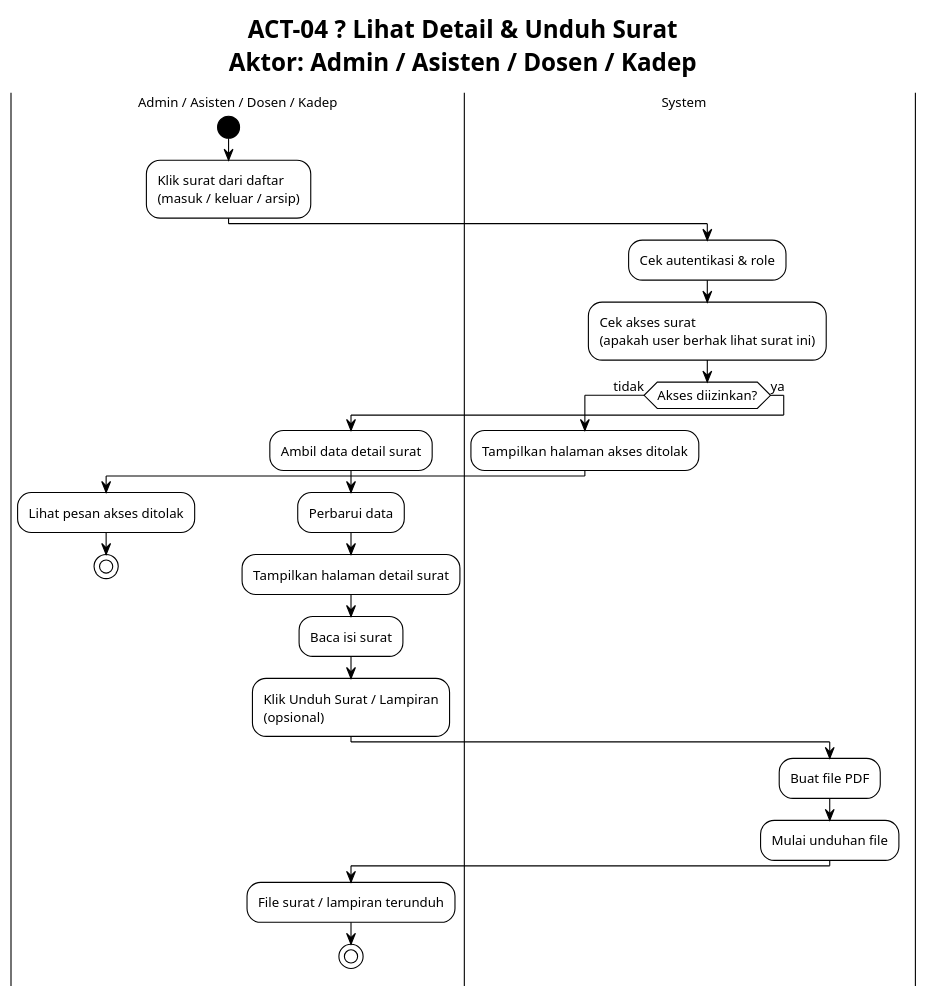
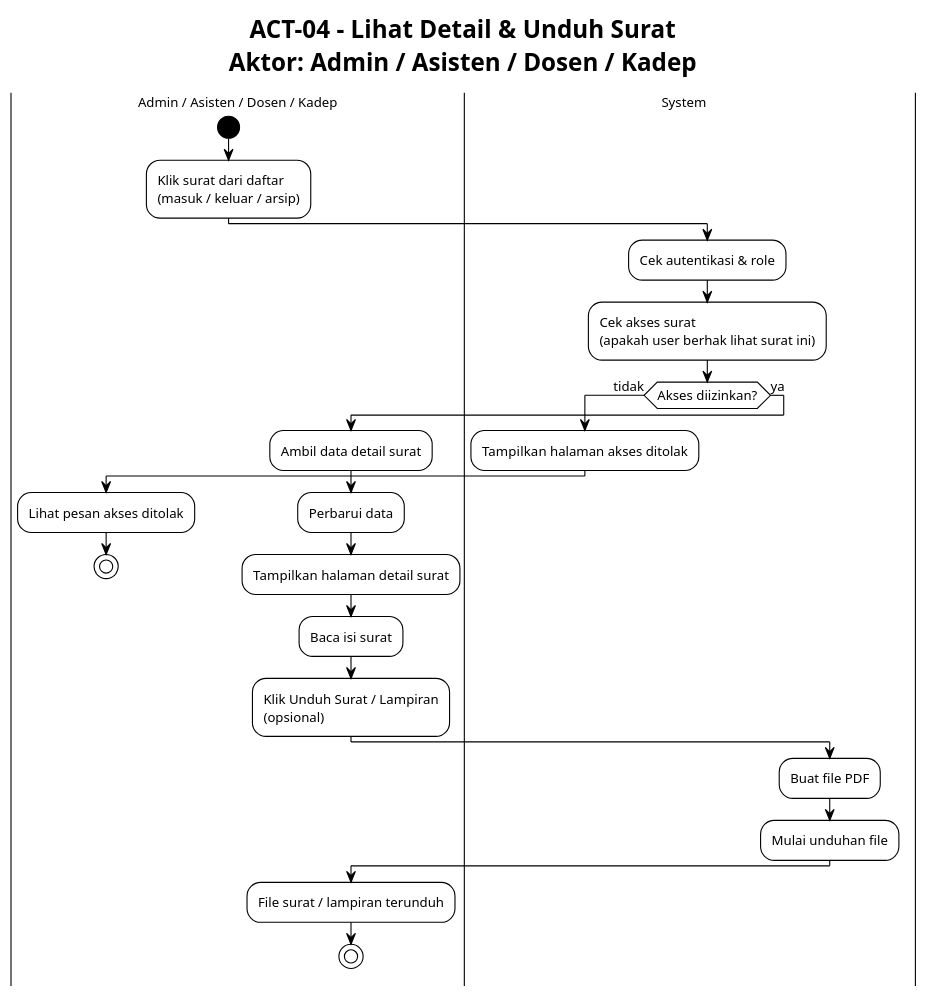
One commit to Habiboys/SILAB-DSI changed the diagram in docs/surat/activity/ACT_04_LIHAT_DETAIL_UNDUH_SURAT.puml. Above: the diagram before and after it, drawn with PlantUML. The commit also changed 67 other files, not shown here.

```diff
--- a/docs/surat/activity/ACT_04_LIHAT_DETAIL_UNDUH_SURAT.puml
+++ b/docs/surat/activity/ACT_04_LIHAT_DETAIL_UNDUH_SURAT.puml
@@ -1,42 +1,42 @@
 @startuml ACT_04_LIHAT_DETAIL_UNDUH_SURAT
 !theme plain
 !pragma useVerticalIf on
 scale max 1600 width
 skinparam wrapWidth 200
 
 skinparam defaultFontSize 12
 skinparam swimlaneWidth 220
 skinparam ActivityStartColor black
 skinparam ActivityEndColor black
-title ACT-04 ? Lihat Detail & Unduh Surat\nAktor: Admin / Asisten / Dosen / Kadep
+title ACT-04 - Lihat Detail & Unduh Surat\nAktor: Admin / Asisten / Dosen / Kadep
 
 |Admin / Asisten / Dosen / Kadep|
 |System|
 
 |Admin / Asisten / Dosen / Kadep|
 start
 :Klik surat dari daftar\n(masuk / keluar / arsip);
 
 |System|
 :Cek autentikasi & role;
 :Cek akses surat\n(apakah user berhak lihat surat ini);
 if (Akses diizinkan?) then (tidak)
   :Tampilkan halaman akses ditolak;
   |Admin / Asisten / Dosen / Kadep|
   :Lihat pesan akses ditolak;
   stop
 else (ya)
   :Ambil data detail surat;
   :Perbarui data;
   :Tampilkan halaman detail surat;
   |Admin / Asisten / Dosen / Kadep|
   :Baca isi surat;
   :Klik Unduh Surat / Lampiran\n(opsional);
   |System|
   :Buat file PDF;
   :Mulai unduhan file;
   |Admin / Asisten / Dosen / Kadep|
   :File surat / lampiran terunduh;
   stop
 endif
 @enduml
```
